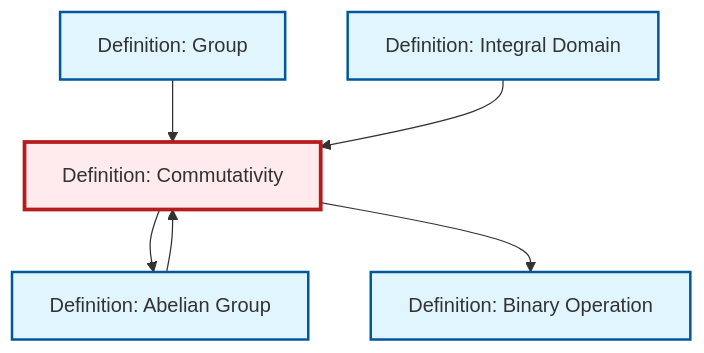
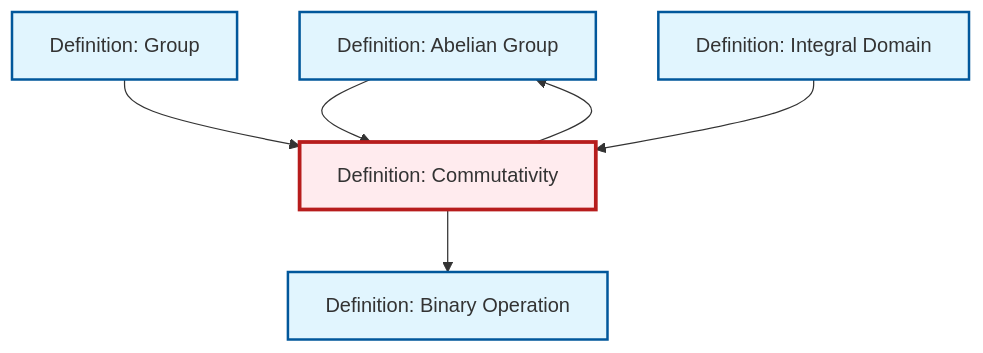
Before and after one commit to RK0429/ModernMath: the diagram in content/en/algebra/def-commutativity.qmd, drawn with Mermaid. The commit also changed other lines of this file and 1012 other files, not shown here.

````diff
--- a/content/en/algebra/def-commutativity.qmd
+++ b/content/en/algebra/def-commutativity.qmd
@@ -93,24 +93,24 @@
 ```{mermaid}
 %%| fig-cap: "Local dependency graph"
 graph TD
     classDef definition fill:#e1f5fe,stroke:#01579b,stroke-width:2px
     classDef theorem fill:#f3e5f5,stroke:#4a148c,stroke-width:2px
     classDef axiom fill:#fff3e0,stroke:#e65100,stroke-width:2px
     classDef example fill:#e8f5e9,stroke:#1b5e20,stroke-width:2px
     classDef current fill:#ffebee,stroke:#b71c1c,stroke-width:3px
+    def-binary-operation["Definition: Binary Operation"]:::definition
+    def-abelian-group["Definition: Abelian Group"]:::definition
     def-commutativity["Definition: Commutativity"]:::definition
-    def-binary-operation["Definition: Binary Operation"]:::definition
     def-integral-domain["Definition: Integral Domain"]:::definition
-    def-abelian-group["Definition: Abelian Group"]:::definition
     def-group["Definition: Group"]:::definition
     def-abelian-group --> def-commutativity
+    def-group --> def-commutativity
+    def-integral-domain --> def-commutativity
+    def-commutativity --> def-binary-operation
     def-commutativity --> def-abelian-group
-    def-group --> def-commutativity
-    def-commutativity --> def-binary-operation
-    def-integral-domain --> def-commutativity
     class def-commutativity current
     click def-binary-operation "def-binary-operation.html" "Go to Binary Operation definition"
+    click def-abelian-group "def-abelian-group.html" "Go to Abelian Group definition"
     click def-integral-domain "def-integral-domain.html" "Go to Integral Domain definition"
-    click def-abelian-group "def-abelian-group.html" "Go to Abelian Group definition"
     click def-group "def-group.html" "Go to Group definition"
 ```
````
